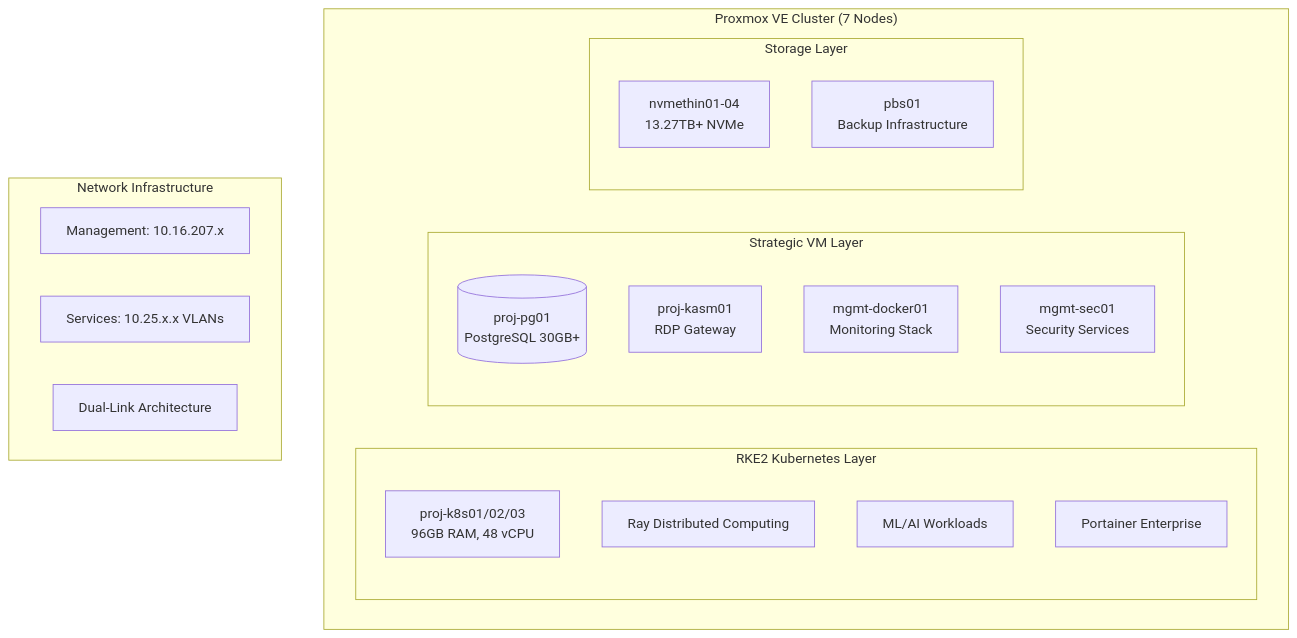
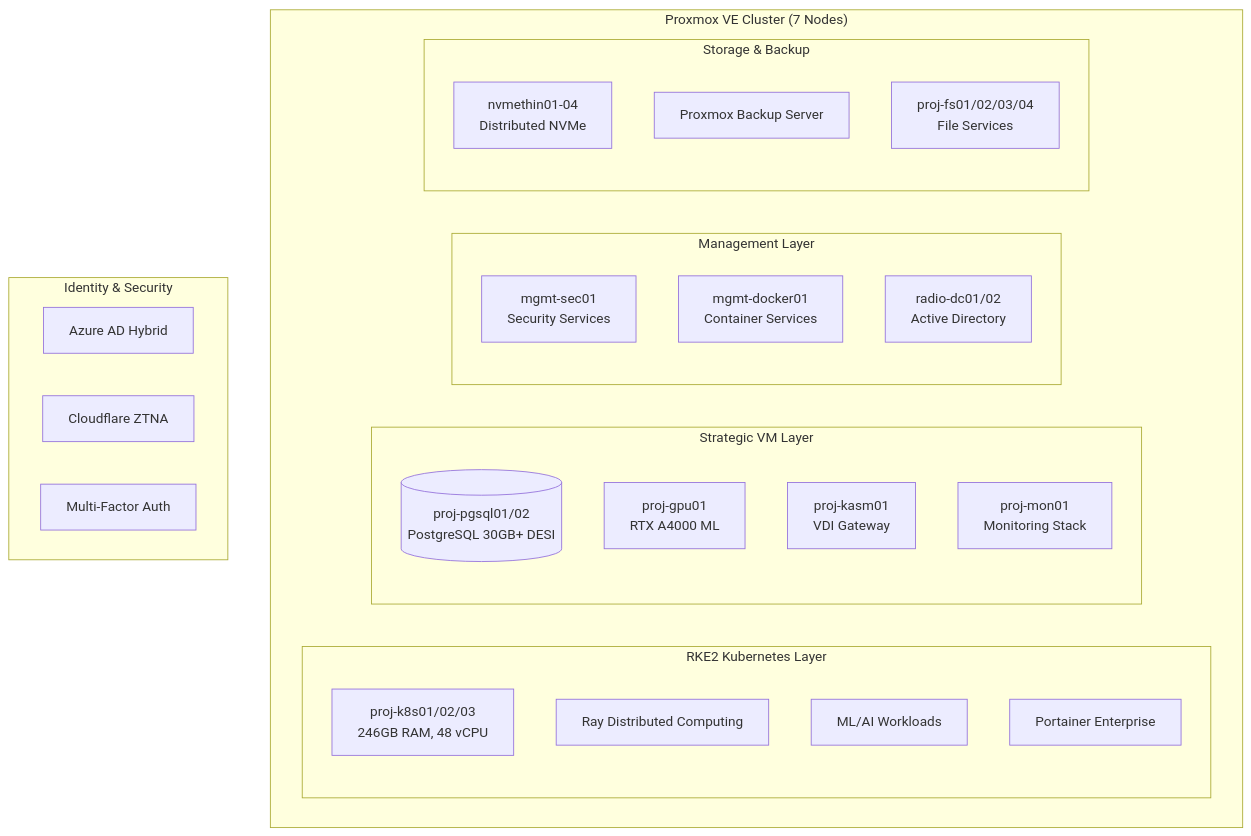
Before and after one commit to Pxomox-Astronomy-Lab/proxmox-astronomy-lab: the diagram in README.md, drawn with Mermaid. The commit also changed other lines of this file, not shown here.

````diff
--- a/README.md
+++ b/README.md
@@ -82,29 +80,36 @@
 ```mermaid
 graph TB
     subgraph "Proxmox VE Cluster (7 Nodes)"
         subgraph "RKE2 Kubernetes Layer"
-            K8S[proj-k8s01/02/03<br/>96GB RAM, 48 vCPU]
+            K8S[proj-k8s01/02/03<br/>246GB RAM, 48 vCPU]
             RAY[Ray Distributed Computing]
             ML[ML/AI Workloads]
             PORT[Portainer Enterprise]
         end
         
         subgraph "Strategic VM Layer"
-            PG[(proj-pg01<br/>PostgreSQL 30GB+)]
-            RDP[proj-kasm01<br/>RDP Gateway]
-            MON[mgmt-docker01<br/>Monitoring Stack]
-            SEC[mgmt-sec01<br/>Security Services]
+            PG[(proj-pgsql01/02<br/>PostgreSQL 30GB+ DESI)]
+            GPU[proj-gpu01<br/>RTX A4000 ML]
+            KASM[proj-kasm01<br/>VDI Gateway]
+            MON[proj-mon01<br/>Monitoring Stack]
         end
         
-        subgraph "Storage Layer"
-            LVM[nvmethin01-04<br/>13.27TB+ NVMe]
-            BACKUP[pbs01<br/>Backup Infrastructure]
+        subgraph "Management Layer"
+            SEC[mgmt-sec01<br/>Security Services]
+            DOCKER[mgmt-docker01<br/>Container Services]
+            AD[radio-dc01/02<br/>Active Directory]
+        end
+        
+        subgraph "Storage & Backup"
+            NVME[nvmethin01-04<br/>Distributed NVMe]
+            PBS[Proxmox Backup Server]
+            FS[proj-fs01/02/03/04<br/>File Services]
         end
     end
     
-    subgraph "Network Infrastructure"
-        MGMT[Management: 10.16.207.x]
-        SVC[Services: 10.25.x.x VLANs]
-        BOND[Dual-Link Architecture]
+    subgraph "Identity & Security"
+        AZUREAD[Azure AD Hybrid]
+        ZTNA[Cloudflare ZTNA]
+        MFA[Multi-Factor Auth]
     end
 ```
````
